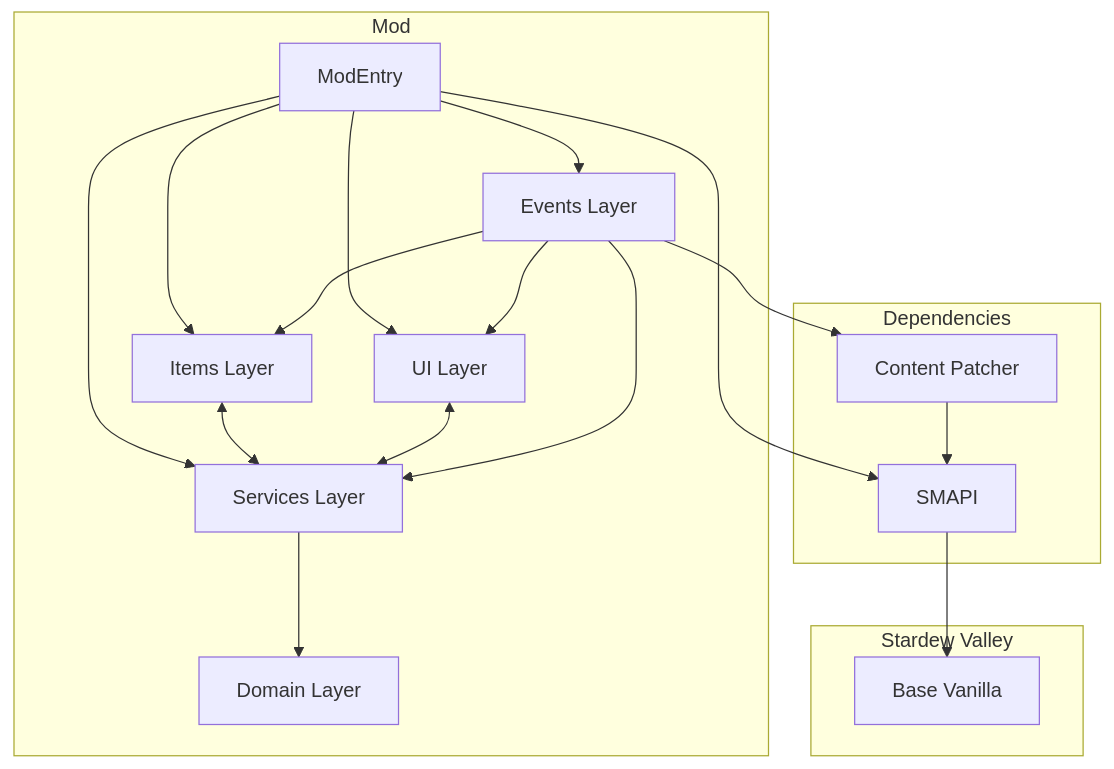
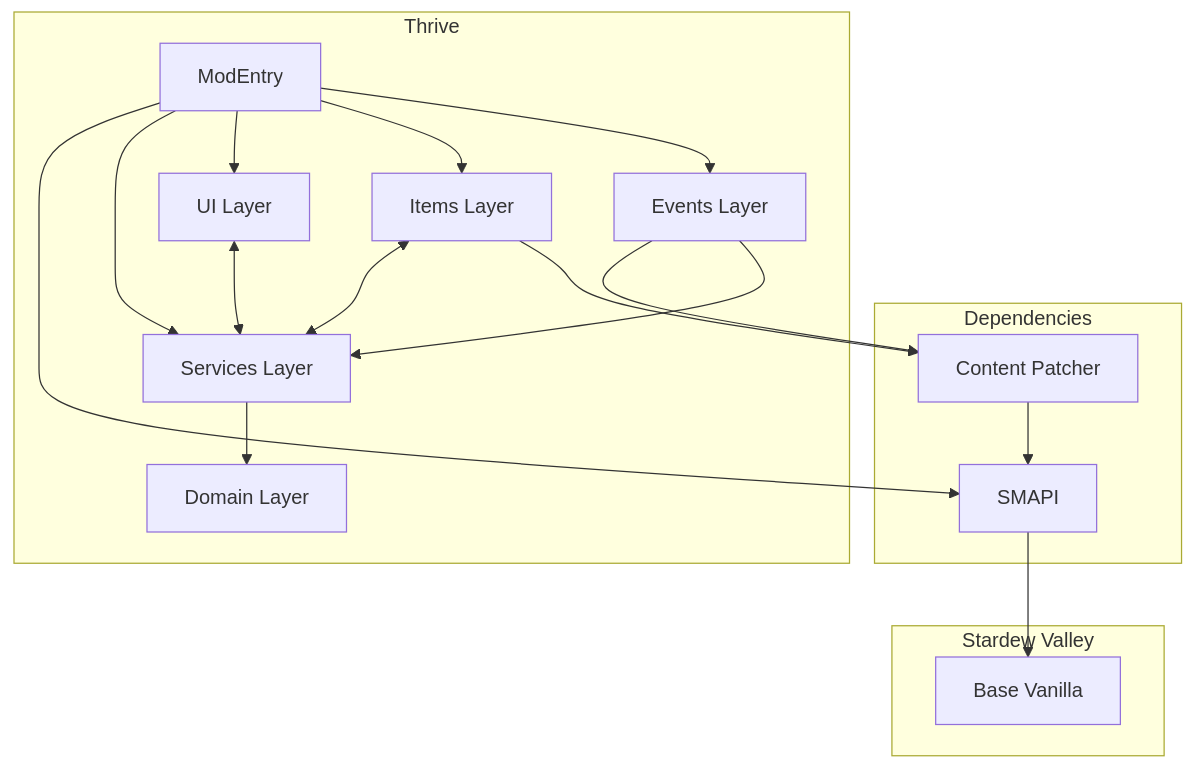
Before and after one commit to GXatBuffalo/Thrive-Stardew-Mod: the diagram in Design.md, drawn with Mermaid. The commit also changed other lines of this file, not shown here.

````diff
--- a/Design.md
+++ b/Design.md
@@ -140,40 +140,39 @@
 ```mermaid
 graph TD
     subgraph Stardew Valley
         BV[Base Vanilla]
     end
 
     subgraph Dependencies
         SMAPI
         CP[Content Patcher]
     end
 
-    subgraph Mod
+    subgraph Thrive
         ME[ModEntry]
         UI[UI Layer]
         Items[Items Layer]
         Services[Services Layer]
         Events[Events Layer]
         Domain[Domain Layer]
     end
 
     SMAPI --> BV
 
     CP --> SMAPI
     ME --> SMAPI
 
     Events --> CP
 
     ME --> Services
     ME --> UI
     ME --> Items
     ME --> Events
 
     Services --> Domain
     Items <--> Services
     UI <--> Services
-    Events --> UI
     Events --> Services
-    Events --> Items
+    Items --> CP
 
 ```
````
